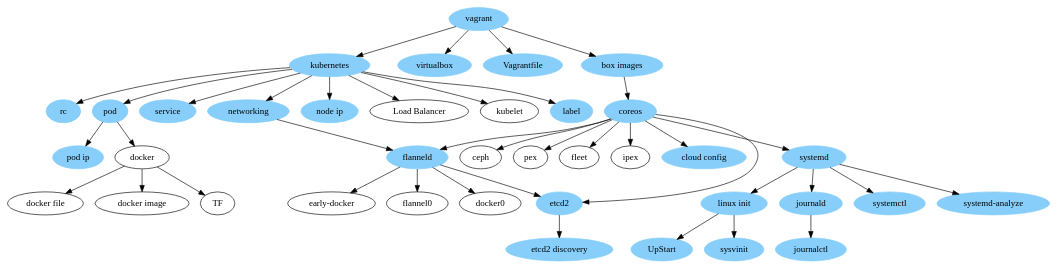
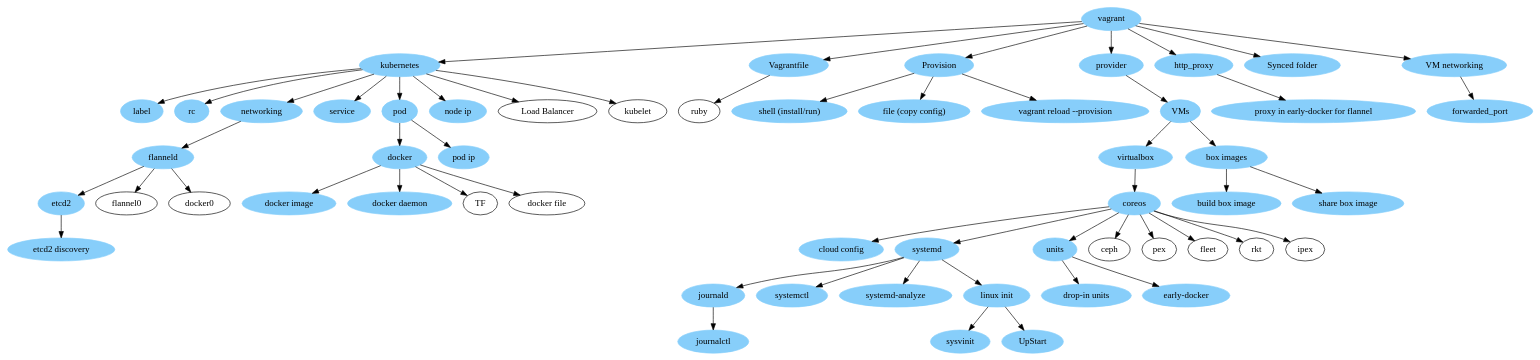
Before and after one commit to jiamliang/atlas: the diagram in mind_graph.dot, drawn with Graphviz. The commit also changed 1 other file, not shown here.

```diff
--- a/mind_graph.dot
+++ b/mind_graph.dot
@@ -1,74 +1,103 @@
 digraph G {
     "vagrant" [style=filled,color="LightSkyBlue"];
     "coreos"; 
     "kubernetes" [style=filled,color="LightSkyBlue"];
     "docker";
     "virtualbox" [style=filled,color="LightSkyBlue"];
     "Vagrantfile" [style=filled,color="LightSkyBlue"];
     "box images" [style=filled,color="LightSkyBlue"];
     "coreos" [style=filled,color="LightSkyBlue"];
     "cloud config" [style=filled,color="LightSkyBlue"];
     "systemd" [style=filled,color="LightSkyBlue"];
     "journald" [style=filled,color="LightSkyBlue"];
     "journalctl" [style=filled,color="LightSkyBlue"];
     "systemctl" [style=filled,color="LightSkyBlue"];
     "systemd-analyze" [style=filled,color="LightSkyBlue"];
     "systemctl" [style=filled,color="LightSkyBlue"];
     "label" [style=filled,color="LightSkyBlue"];
     "rc" [style=filled,color="LightSkyBlue"];
     "networking" [style=filled,color="LightSkyBlue"];
     "service" [style=filled,color="LightSkyBlue"];
     "pod" [style=filled,color="LightSkyBlue"];
     "node ip" [style=filled,color="LightSkyBlue"];
     "pod ip" [style=filled,color="LightSkyBlue"];
     "flanneld" [style=filled,color="LightSkyBlue"];
     "etcd2" [style=filled,color="LightSkyBlue"];
     "linux init"  [style=filled,color="LightSkyBlue"];
     "sysvinit" [style=filled,color="LightSkyBlue"];
     "UpStart" [style=filled,color="LightSkyBlue"];
     "etcd2 discovery" [style=filled,color="LightSkyBlue"];
+"Provision" [style=filled,color="LightSkyBlue"];
+"provider" [style=filled,color="LightSkyBlue"];
+"VMs" [style=filled,color="LightSkyBlue"];
+"shell (install/run)" [style=filled,color="LightSkyBlue"];
+"file (copy config)" [style=filled,color="LightSkyBlue"];
+"http_proxy" [style=filled,color="LightSkyBlue"];
+"proxy in early-docker for flannel" [style=filled,color="LightSkyBlue"];
+"vagrant reload --provision" [style=filled,color="LightSkyBlue"];
+"Synced folder" [style=filled,color="LightSkyBlue"];
+"VM networking" [style=filled,color="LightSkyBlue"];
+"forwarded_port" [style=filled,color="LightSkyBlue"];
+"build box image" [style=filled,color="LightSkyBlue"];
+"share box image" [style=filled,color="LightSkyBlue"];
+"units" [style=filled,color="LightSkyBlue"];
+"drop-in units" [style=filled,color="LightSkyBlue"];
+"early-docker" [style=filled,color="LightSkyBlue"];
+"docker" [style=filled,color="LightSkyBlue"];
+"docker image" [style=filled,color="LightSkyBlue"];
+"docker daemon" [style=filled,color="LightSkyBlue"];
     "TF" ;
     "ceph" ;
     "pex" ;
     "fleet" ;
 
-    "vagrant" -> "virtualbox";
-    "vagrant" -> "Vagrantfile";
-    "vagrant" -> "box images";
-    "box images" -> "coreos";
+"vagrant" -> "Vagrantfile" -> "ruby";
+"vagrant" -> "provider" -> "VMs" -> virtualbox; 
+"vagrant" -> "Provision";
+"Provision" -> "shell (install/run)";
+"Provision" -> "file (copy config)";
+"vagrant" -> "Synced folder";
+"vagrant" -> "VM networking" ->forwarded_port;
+"Provision" -> "vagrant reload --provision";
+    "virtualbox" -> "coreos";
     "vagrant" -> "kubernetes";
+"vagrant" -> "http_proxy" -> "proxy in early-docker for flannel";
     "kubernetes" -> "pod";
     "pod" -> "docker";
     "pod" -> "pod ip";
     "kubernetes" -> "node ip";
     "kubernetes" -> "service";
     "kubernetes" -> "label";
     "kubernetes" -> "rc";
     "kubernetes" -> "Load Balancer";
     "kubernetes" -> "kubelet";
     "kubernetes" -> "networking";
     "networking" -> "flanneld";
     "flanneld" -> "etcd2";
     "flanneld" -> "flannel0";
     "flanneld" -> "docker0";
-    "flanneld" -> "early-docker";
     "coreos" -> "cloud config";
-    "coreos" -> "etcd2";
     "etcd2" -> "etcd2 discovery";
-    "coreos" -> "flanneld";
+"coreos" -> "units" -> "drop-in units";
+units -> "early-docker";
+    "coreos" -> "rkt";
     "coreos" -> "systemd";
     "coreos" -> "ceph";
     "coreos" -> "pex";
     "coreos" -> "ipex";
     "coreos" -> "fleet";
     "systemd" -> "systemctl";
     "systemd" -> "systemd-analyze";
     "systemd" -> "journald";
     "journald" -> "journalctl";
     "systemd" -> "linux init";
     "linux init" -> "sysvinit";
     "linux init" -> "UpStart";
     "docker" -> "docker file"
+"docker" -> "docker daemon"
     "docker" -> "docker image"
     "docker" -> "TF"
+"VMs" -> "box images";
+"box images" -> "build box image";
+"box images" -> "share box image";
 }
```
